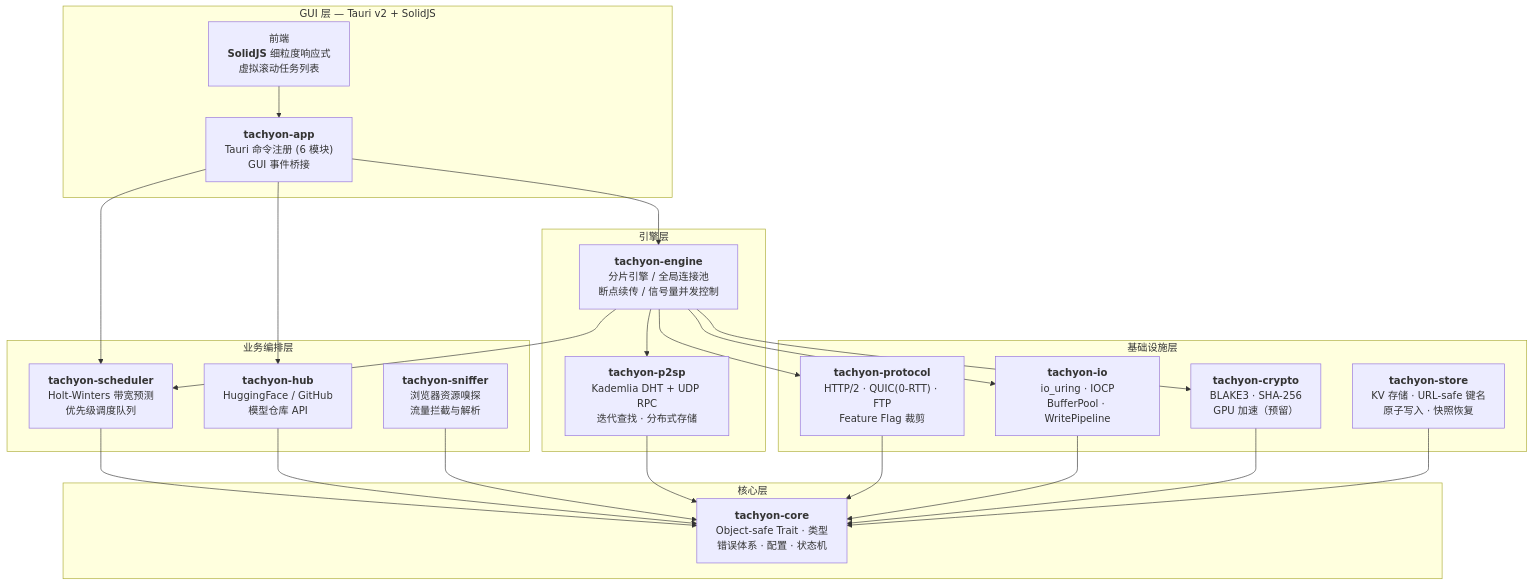
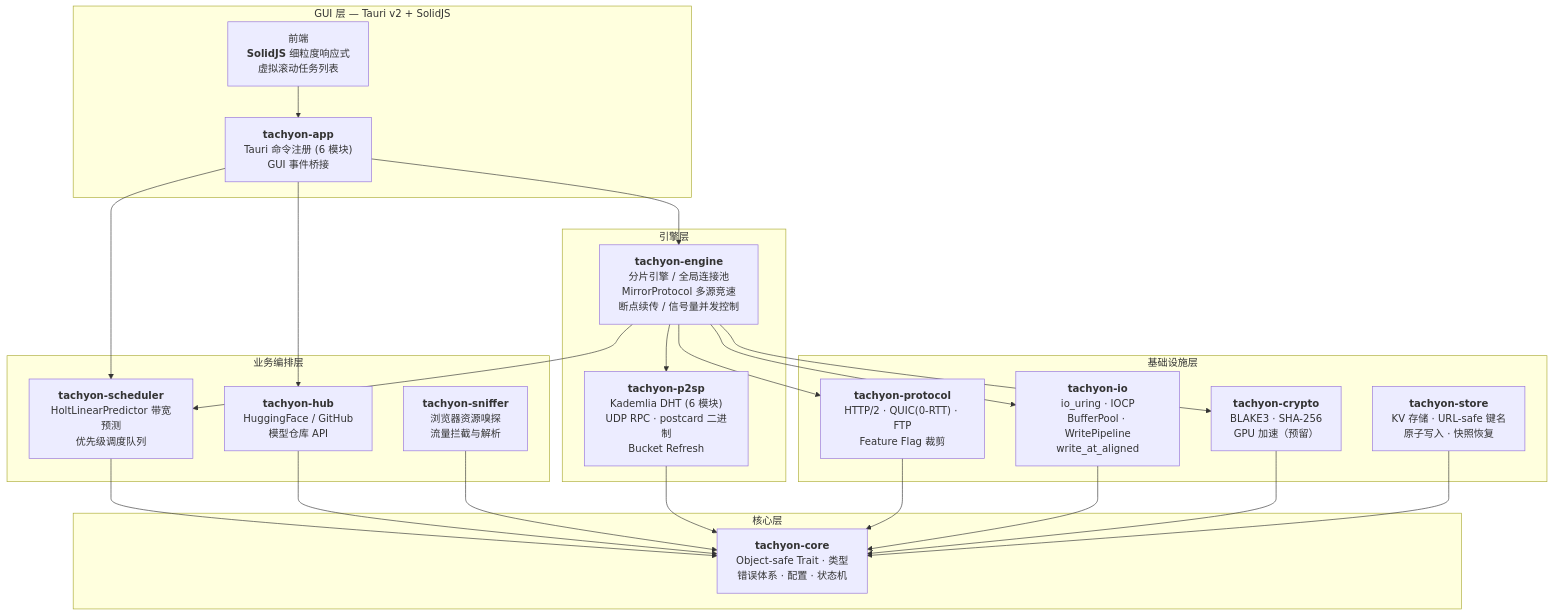
Before and after one commit to baiye2941/Tachyon: the first of 4 diagrams in README.md, drawn with Mermaid. The commit also changed other lines of this file and 44 other files, not shown here.

````diff
--- a/README.md
+++ b/README.md
@@ -84,47 +85,47 @@
 ```mermaid
 graph TB
     subgraph GUI["GUI 层 — Tauri v2 + SolidJS"]
         FE["前端<br/><b>SolidJS</b> 细粒度响应式<br/>虚拟滚动任务列表"]
         APP["<b>tachyon-app</b><br/>Tauri 命令注册 (6 模块)<br/>GUI 事件桥接"]
     end
 
     subgraph BIZ["业务编排层"]
-        SCH["<b>tachyon-scheduler</b><br/>Holt-Winters 带宽预测<br/>优先级调度队列"]
+        SCH["<b>tachyon-scheduler</b><br/>HoltLinearPredictor 带宽预测<br/>优先级调度队列"]
         HUB["<b>tachyon-hub</b><br/>HuggingFace / GitHub<br/>模型仓库 API"]
         SNIFF["<b>tachyon-sniffer</b><br/>浏览器资源嗅探<br/>流量拦截与解析"]
     end
 
     subgraph ENGINE["引擎层"]
-        ENG["<b>tachyon-engine</b><br/>分片引擎 / 全局连接池<br/>断点续传 / 信号量并发控制"]
-        P2SP["<b>tachyon-p2sp</b><br/>Kademlia DHT + UDP RPC<br/>迭代查找 · 分布式存储"]
+        ENG["<b>tachyon-engine</b><br/>分片引擎 / 全局连接池<br/>MirrorProtocol 多源竞速<br/>断点续传 / 信号量并发控制"]
+        P2SP["<b>tachyon-p2sp</b><br/>Kademlia DHT (6 模块)<br/>UDP RPC · postcard 二进制<br/>Bucket Refresh"]
     end
 
     subgraph INFRA["基础设施层"]
         PROTO["<b>tachyon-protocol</b><br/>HTTP/2 · QUIC(0-RTT) · FTP<br/>Feature Flag 裁剪"]
-        IO["<b>tachyon-io</b><br/>io_uring · IOCP<br/>BufferPool · WritePipeline"]
+        IO["<b>tachyon-io</b><br/>io_uring · IOCP<br/>BufferPool · WritePipeline<br/>write_at_aligned"]
         CRYPT["<b>tachyon-crypto</b><br/>BLAKE3 · SHA-256<br/>GPU 加速（预留）"]
         STORE["<b>tachyon-store</b><br/>KV 存储 · URL-safe 键名<br/>原子写入 · 快照恢复"]
     end
 
     subgraph CORE["核心层"]
         CORELIB["<b>tachyon-core</b><br/>Object-safe Trait · 类型<br/>错误体系 · 配置 · 状态机"]
     end
 
     FE --> APP
     APP --> SCH
     APP --> HUB
     APP --> ENG
     SCH --> CORELIB
     HUB --> CORELIB
     SNIFF --> CORELIB
     ENG --> PROTO
     ENG --> IO
     ENG --> CRYPT
     ENG --> SCH
     ENG --> P2SP
     P2SP --> CORELIB
     PROTO --> CORELIB
     IO --> CORELIB
     CRYPT --> CORELIB
     STORE --> CORELIB
 ```
````
